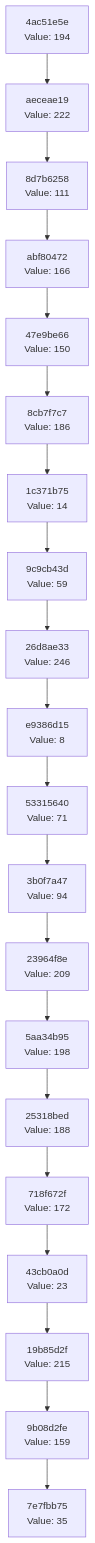
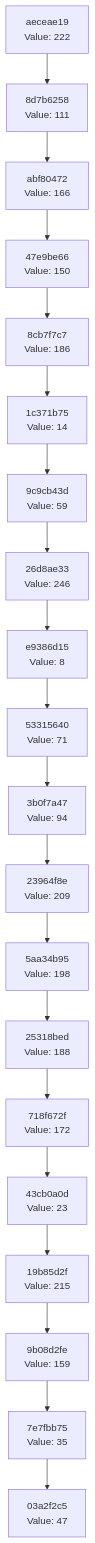
Before and after one commit to Abhisheksinha1506/hash-chain-evolver: the diagram in docs/CHAIN_VISUALIZATION.md, drawn with Mermaid. The commit also changed 2 other files, not shown here.

Commit message:
Evolution step: hash 0x2F → action executed

````diff
--- a/docs/CHAIN_VISUALIZATION.md
+++ b/docs/CHAIN_VISUALIZATION.md
@@ -3,42 +3,42 @@
 ```mermaid
 graph TD
-    C0["7e7fbb75<br/>Value: 35"]
-    C1["9b08d2fe<br/>Value: 159"]
+    C0["03a2f2c5<br/>Value: 47"]
+    C1["7e7fbb75<br/>Value: 35"]
     C1 --> C0
-    C2["19b85d2f<br/>Value: 215"]
+    C2["9b08d2fe<br/>Value: 159"]
     C2 --> C1
-    C3["43cb0a0d<br/>Value: 23"]
+    C3["19b85d2f<br/>Value: 215"]
     C3 --> C2
-    C4["718f672f<br/>Value: 172"]
+    C4["43cb0a0d<br/>Value: 23"]
     C4 --> C3
-    C5["25318bed<br/>Value: 188"]
+    C5["718f672f<br/>Value: 172"]
     C5 --> C4
-    C6["5aa34b95<br/>Value: 198"]
+    C6["25318bed<br/>Value: 188"]
     C6 --> C5
-    C7["23964f8e<br/>Value: 209"]
+    C7["5aa34b95<br/>Value: 198"]
     C7 --> C6
-    C8["3b0f7a47<br/>Value: 94"]
+    C8["23964f8e<br/>Value: 209"]
     C8 --> C7
-    C9["53315640<br/>Value: 71"]
+    C9["3b0f7a47<br/>Value: 94"]
     C9 --> C8
-    C10["e9386d15<br/>Value: 8"]
+    C10["53315640<br/>Value: 71"]
     C10 --> C9
-    C11["26d8ae33<br/>Value: 246"]
+    C11["e9386d15<br/>Value: 8"]
     C11 --> C10
-    C12["9c9cb43d<br/>Value: 59"]
+    C12["26d8ae33<br/>Value: 246"]
     C12 --> C11
-    C13["1c371b75<br/>Value: 14"]
+    C13["9c9cb43d<br/>Value: 59"]
     C13 --> C12
-    C14["8cb7f7c7<br/>Value: 186"]
+    C14["1c371b75<br/>Value: 14"]
     C14 --> C13
-    C15["47e9be66<br/>Value: 150"]
+    C15["8cb7f7c7<br/>Value: 186"]
     C15 --> C14
-    C16["abf80472<br/>Value: 166"]
+    C16["47e9be66<br/>Value: 150"]
     C16 --> C15
-    C17["8d7b6258<br/>Value: 111"]
+    C17["abf80472<br/>Value: 166"]
     C17 --> C16
-    C18["aeceae19<br/>Value: 222"]
+    C18["8d7b6258<br/>Value: 111"]
     C18 --> C17
-    C19["4ac51e5e<br/>Value: 194"]
+    C19["aeceae19<br/>Value: 222"]
     C19 --> C18
 ```
````
